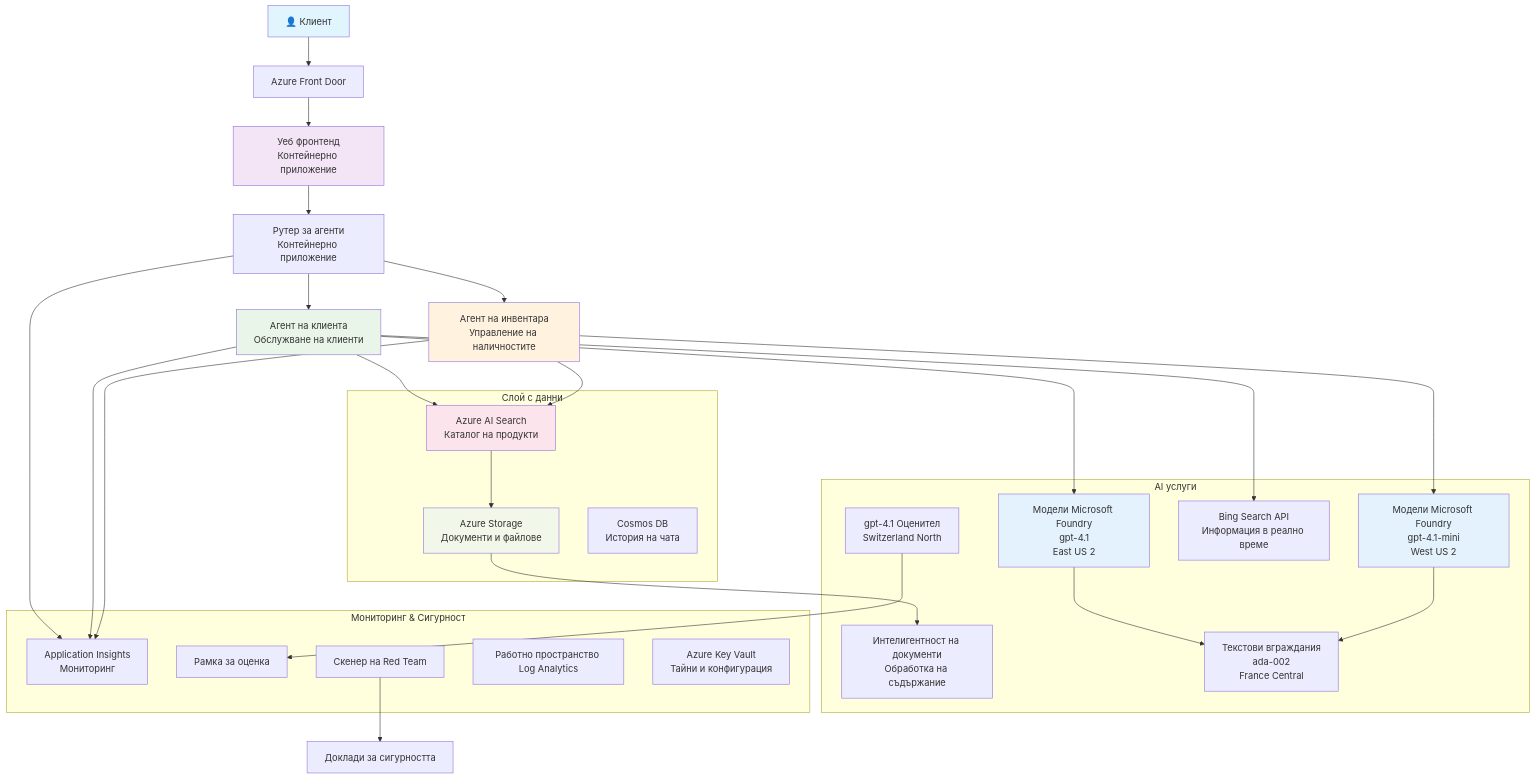
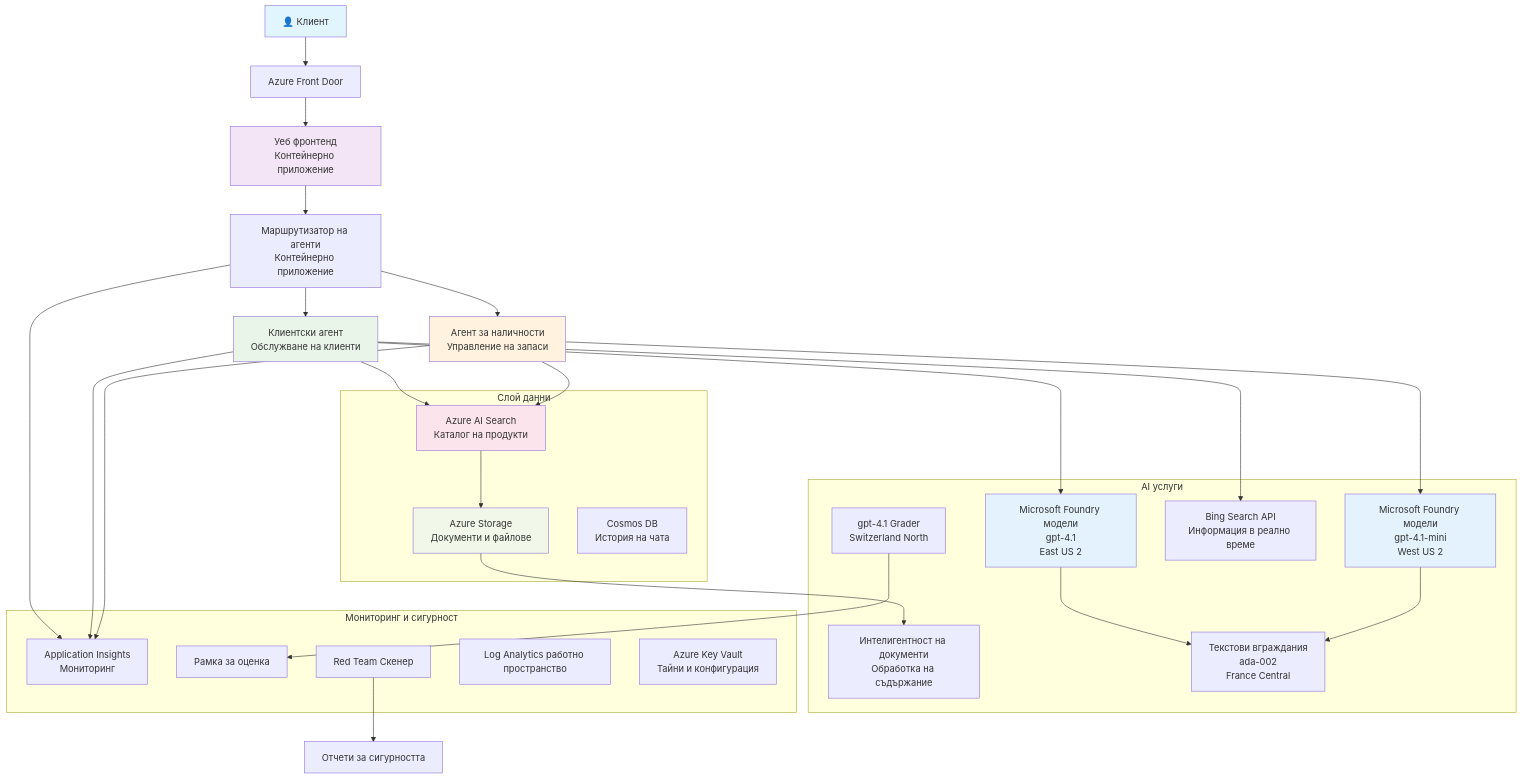
The diagram in translations/bg/examples/retail-scenario.md (microsoft/AZD-for-beginners), drawn with Mermaid before and after one commit. The commit also changed other lines of this file and 104 other files, not shown here.

````diff
--- a/translations/bg/examples/retail-scenario.md
+++ b/translations/bg/examples/retail-scenario.md
@@ -139,61 +139,61 @@
 ```mermaid
 graph TB
     User[👤 Клиент] --> LB[Azure Front Door]
     LB --> WebApp[Уеб фронтенд<br/>Контейнерно приложение]
     
-    WebApp --> Router[Рутер за агенти<br/>Контейнерно приложение]
-    Router --> CustomerAgent[Агент на клиента<br/>Обслужване на клиенти]
-    Router --> InvAgent[Агент на инвентара<br/>Управление на наличностите]
+    WebApp --> Router[Маршрутизатор на агенти<br/>Контейнерно приложение]
+    Router --> CustomerAgent[Клиентски агент<br/>Обслужване на клиенти]
+    Router --> InvAgent[Агент за наличности<br/>Управление на запаси]
     
-    CustomerAgent --> OpenAI1[Модели Microsoft Foundry<br/>gpt-4.1<br/>East US 2]
-    InvAgent --> OpenAI2[Модели Microsoft Foundry<br/>gpt-4.1-mini<br/>West US 2]
+    CustomerAgent --> OpenAI1[Microsoft Foundry модели<br/>gpt-4.1<br/>East US 2]
+    InvAgent --> OpenAI2[Microsoft Foundry модели<br/>gpt-4.1-mini<br/>West US 2]
     
     CustomerAgent --> AISearch[Azure AI Search<br/>Каталог на продукти]
     CustomerAgent --> BingSearch[Bing Search API<br/>Информация в реално време]
     InvAgent --> AISearch
     
     AISearch --> Storage[Azure Storage<br/>Документи и файлове]
     Storage --> DocIntel[Интелигентност на документи<br/>Обработка на съдържание]
     
     OpenAI1 --> Embeddings[Текстови вграждания<br/>ada-002<br/>France Central]
     OpenAI2 --> Embeddings
     
     Router --> AppInsights[Application Insights<br/>Мониторинг]
     CustomerAgent --> AppInsights
     InvAgent --> AppInsights
     
-    GraderModel[gpt-4.1 Оценител<br/>Switzerland North] --> Evaluation[Рамка за оценка]
-    RedTeam[Скенер на Red Team] --> SecurityReports[Доклади за сигурността]
+    GraderModel[gpt-4.1 Grader<br/>Switzerland North] --> Evaluation[Рамка за оценка]
+    RedTeam[Red Team Скенер] --> SecurityReports[Отчети за сигурността]
     
-    subgraph "Слой с данни"
+    subgraph "Слой данни"
         Storage
         AISearch
         CosmosDB[Cosmos DB<br/>История на чата]
     end
     
     subgraph "AI услуги"
         OpenAI1
         OpenAI2
         Embeddings
         GraderModel
         DocIntel
         BingSearch
     end
     
-    subgraph "Мониторинг & Сигурност"
+    subgraph "Мониторинг и сигурност"
         AppInsights
-        LogAnalytics[Работно пространство Log Analytics]
+        LogAnalytics[Log Analytics работно пространство]
         KeyVault[Azure Key Vault<br/>Тайни и конфигурация]
         RedTeam
         Evaluation
     end
     
     style User fill:#e1f5fe
     style WebApp fill:#f3e5f5
     style CustomerAgent fill:#e8f5e8
     style InvAgent fill:#fff3e0
     style OpenAI1 fill:#e3f2fd
     style OpenAI2 fill:#e3f2fd
     style AISearch fill:#fce4ec
     style Storage fill:#f1f8e9
 ```
````
